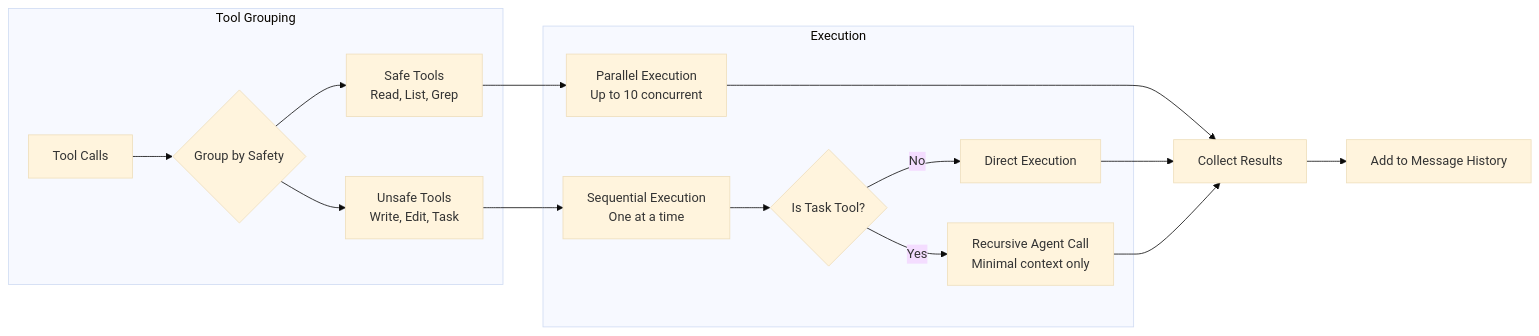
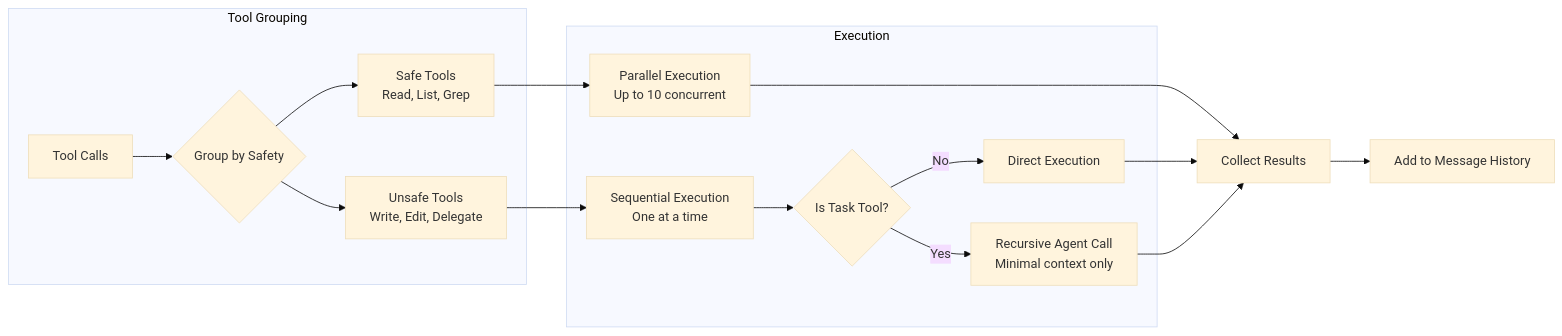
One commit to nielspeter/agent-orchestration-system changed the third of 3 diagrams in README.md. Above: the diagram before and after it, drawn with Mermaid (base theme). The commit also changed other lines of this file and 47 other files, not shown here.

First line of the commit message:
refactor: rename 'task' tool to 'delegate' tool

````diff
--- a/README.md
+++ b/README.md
@@ -579,22 +579,22 @@
 ```mermaid
 flowchart LR
     subgraph "Tool Grouping"
         Tools[Tool Calls] --> Group{Group by Safety}
         Group --> Safe[Safe Tools<br/>Read, List, Grep]
-        Group --> Unsafe[Unsafe Tools<br/>Write, Edit, Task]
+        Group --> Unsafe[Unsafe Tools<br/>Write, Edit, Delegate]
     end
     
     subgraph "Execution"
         Safe --> Parallel[Parallel Execution<br/>Up to 10 concurrent]
         Unsafe --> Sequential[Sequential Execution<br/>One at a time]
         Sequential --> Delegate{Is Task Tool?}
         Delegate -->|Yes| Recursive[Recursive Agent Call<br/>Minimal context only]
         Delegate -->|No| Direct[Direct Execution]
     end
     
     Parallel --> Results[Collect Results]
     Direct --> Results
     Recursive --> Results
     
     Results --> Messages[Add to Message History]
 ```
````
